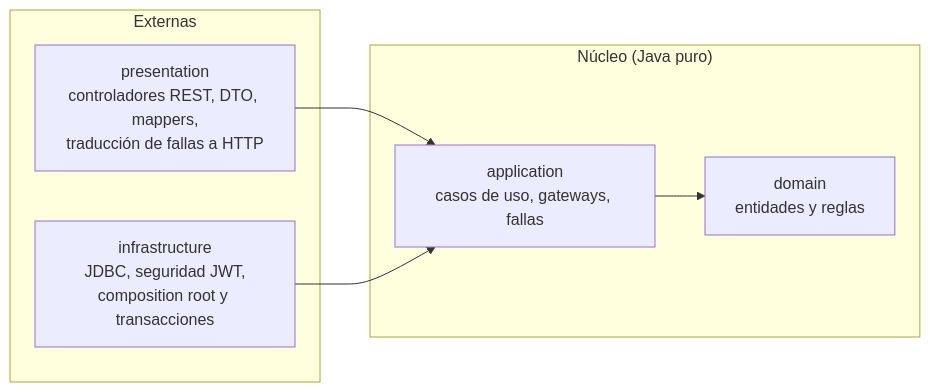
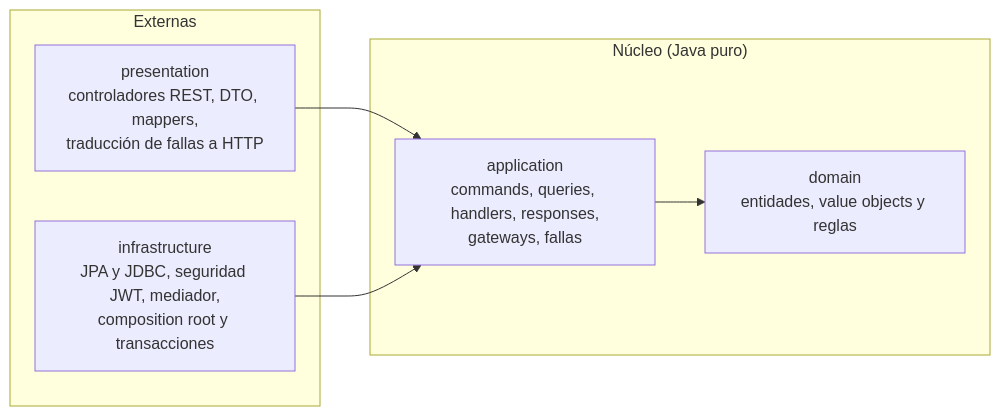
One commit to DiegoAlonso26/backend-Moliselva changed the diagram in docs/ARQUITECTURA.md. Above: the diagram before and after it, drawn with Mermaid. The commit also changed other lines of this file and 99 other files, not shown here.

First line of the commit message:
Recepción y kardex con CQRS, mediador, entidades, value objects y JPA

````diff
--- a/docs/ARQUITECTURA.md
+++ b/docs/ARQUITECTURA.md
@@ -15,14 +17,14 @@
 ```mermaid
 flowchart LR
     subgraph Externas
       P["presentation<br/>controladores REST, DTO, mappers,<br/>traducción de fallas a HTTP"]
-      I["infrastructure<br/>JDBC, seguridad JWT,<br/>composition root y transacciones"]
+      I["infrastructure<br/>JPA y JDBC, seguridad JWT, mediador,<br/>composition root y transacciones"]
     end
     subgraph Núcleo["Núcleo (Java puro)"]
-      A["application<br/>casos de uso, gateways, fallas"]
-      D["domain<br/>entidades y reglas"]
+      A["application<br/>commands, queries, handlers, responses,<br/>gateways, fallas"]
+      D["domain<br/>entidades, value objects y reglas"]
     end
     P --> A
     I --> A
     A --> D
 ```
````
